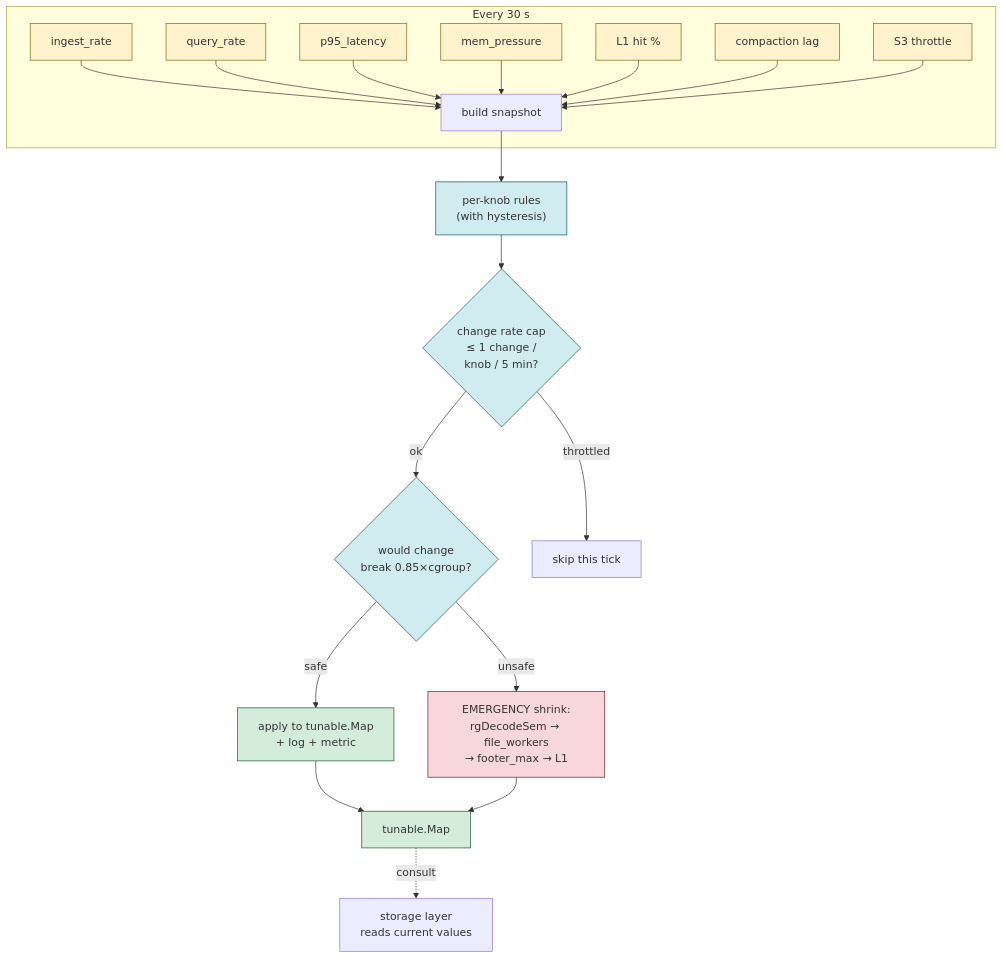
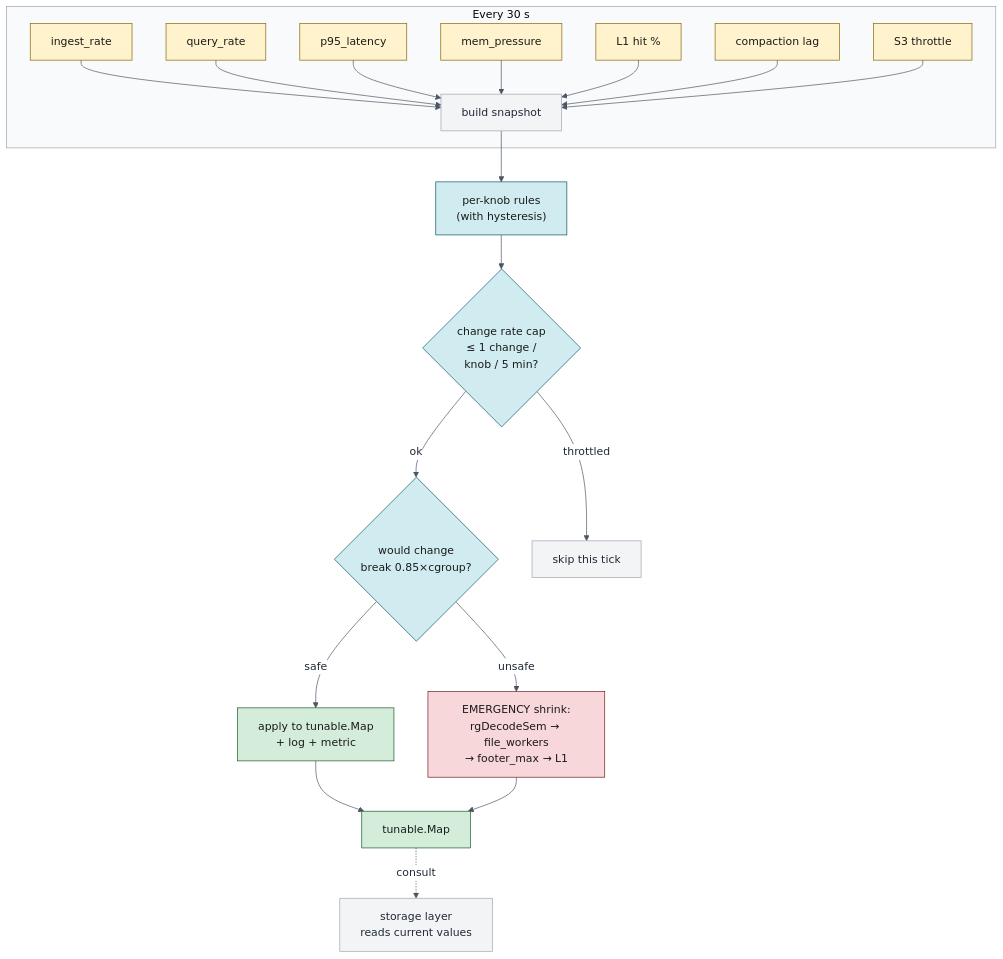
One commit to ReliablyObserve/victoria-lakehouse changed the tenth of 10 diagrams in docs/architecture/performance-machinery.md. Above: the diagram before and after it, drawn with Mermaid. The commit also changed other lines of this file, not shown here.

First line of the commit message:
docs(perf): force explicit colors so Mermaid diagrams read in dark mode

````diff
--- a/docs/architecture/performance-machinery.md
+++ b/docs/architecture/performance-machinery.md
@@ -937,32 +946,33 @@
 ```mermaid
+%%{init: {'theme':'base', 'themeVariables':{'fontFamily':'-apple-system,BlinkMacSystemFont,Segoe UI,Roboto,sans-serif','primaryColor':'#f3f4f6','primaryTextColor':'#1f2937','primaryBorderColor':'#9ca3af','lineColor':'#4b5563','secondaryColor':'#e5e7eb','tertiaryColor':'#f9fafb','background':'#ffffff','mainBkg':'#f3f4f6','clusterBkg':'#f9fafb','clusterBorder':'#9ca3af','edgeLabelBackground':'#ffffff','textColor':'#1f2937'}}}%%
 flowchart TD
     subgraph Observe["Every 30 s"]
         M1["ingest_rate"] --> Snap["build snapshot"]
         M2["query_rate"] --> Snap
         M3["p95_latency"] --> Snap
         M4["mem_pressure"] --> Snap
         M5["L1 hit %"] --> Snap
         M6["compaction lag"] --> Snap
         M7["S3 throttle"] --> Snap
     end
 
     Snap --> Rules["per-knob rules<br/>(with hysteresis)"]
     Rules --> ChangeRate{"change rate cap<br/>≤ 1 change /<br/>knob / 5 min?"}
     ChangeRate -->|ok| MemCeiling{"would change<br/>break 0.85×cgroup?"}
     ChangeRate -->|throttled| Skip["skip this tick"]
     MemCeiling -->|safe| Apply["apply to tunable.Map<br/>+ log + metric"]
     MemCeiling -->|unsafe| Emergency["EMERGENCY shrink:<br/>rgDecodeSem → file_workers<br/>→ footer_max → L1"]
 
     Apply --> Store["tunable.Map"]
     Emergency --> Store
     Store -.consult.-> Storage["storage layer<br/>reads current values"]
 
-    classDef metric fill:#fff3cd,stroke:#856404
-    classDef decide fill:#d1ecf1,stroke:#0c5460
-    classDef action fill:#d4edda,stroke:#155724
-    classDef emergency fill:#f8d7da,stroke:#721c24
+    classDef metric fill:#fff3cd,stroke:#856404,color:#1a1a1a
+    classDef decide fill:#d1ecf1,stroke:#0c5460,color:#1a1a1a
+    classDef action fill:#d4edda,stroke:#155724,color:#1a1a1a
+    classDef emergency fill:#f8d7da,stroke:#721c24,color:#1a1a1a
     class M1,M2,M3,M4,M5,M6,M7 metric
     class Rules,ChangeRate,MemCeiling decide
     class Apply,Store action
     class Emergency emergency
 ```
````
